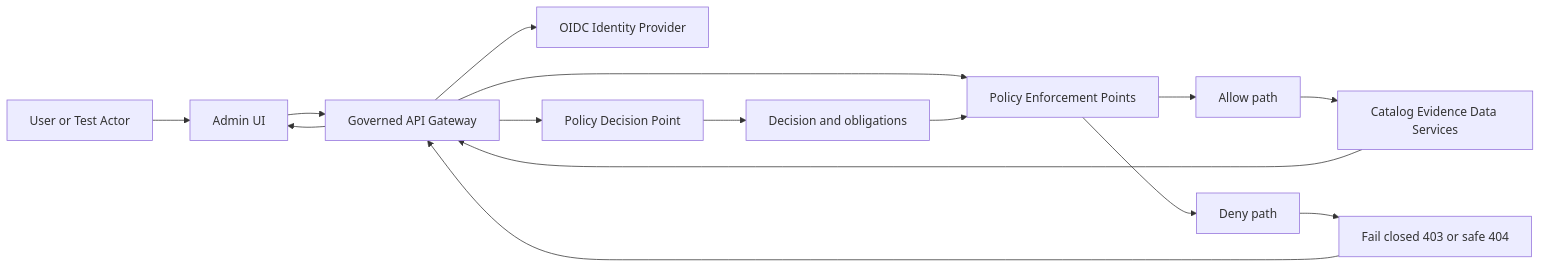
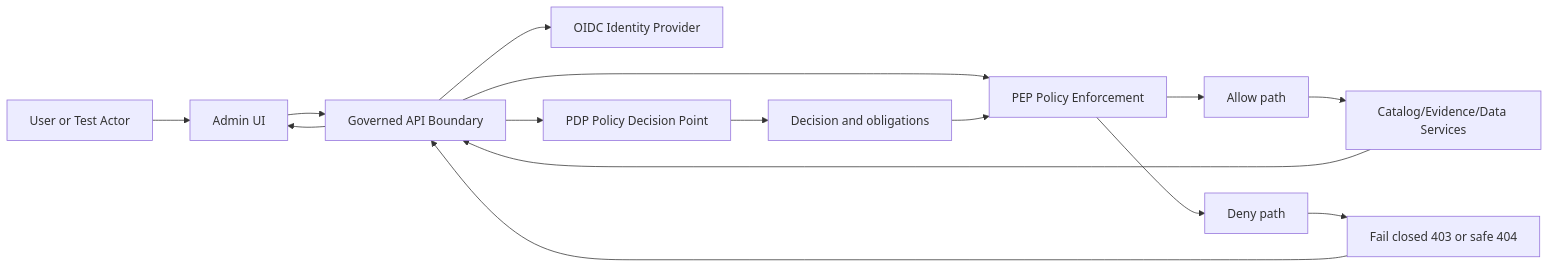
Before and after one commit to bartytime4life/Kansas-Frontier-Matrix: the first of 2 diagrams in apps/admin/tests/authz/README.md, drawn with Mermaid. The commit also changed other lines of this file, not shown here.

````diff
--- a/apps/admin/tests/authz/README.md
+++ b/apps/admin/tests/authz/README.md
@@ -79,17 +90,17 @@
 ```mermaid
 flowchart LR
   User[User or Test Actor] --> UI[Admin UI]
-  UI --> API[Governed API Gateway]
+  UI --> API[Governed API Boundary]
   API --> IdP[OIDC Identity Provider]
-  API --> PDP[Policy Decision Point]
+  API --> PDP[PDP Policy Decision Point]
   PDP --> Decision[Decision and obligations]
-  API --> PEP[Policy Enforcement Points]
+  API --> PEP[PEP Policy Enforcement]
   Decision --> PEP
   PEP --> Allow[Allow path]
   PEP --> Deny[Deny path]
-  Allow --> Data[Catalog Evidence Data Services]
+  Allow --> Data[Catalog/Evidence/Data Services]
   Deny --> Safe[Fail closed 403 or safe 404]
   Data --> API
   Safe --> API
   API --> UI
 ```
````
